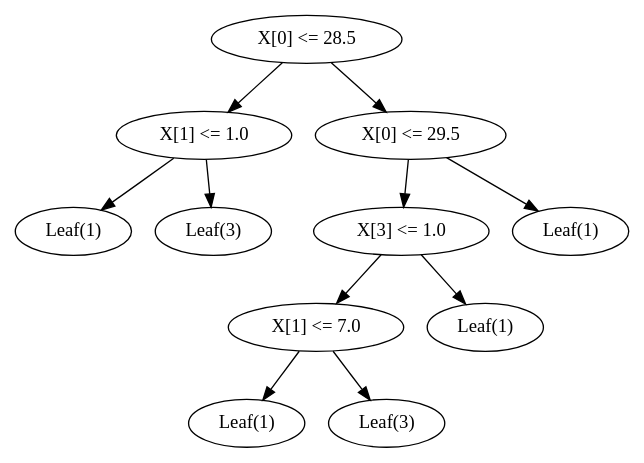
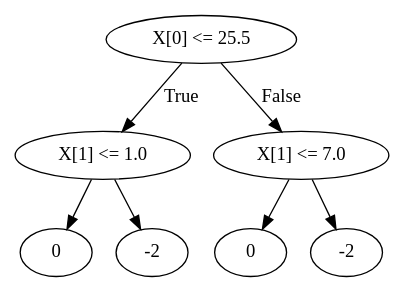
The diagram in decision_trees/MaxEveryNodeDT/cruise-small-latest/MaxEveryNodeDT.dot (hobborg/dtControl), drawn with Graphviz before and after one commit. The commit also changed 27 other files, not shown here.

```diff
--- a/decision_trees/MaxEveryNodeDT/cruise-small-latest/MaxEveryNodeDT.dot
+++ b/decision_trees/MaxEveryNodeDT/cruise-small-latest/MaxEveryNodeDT.dot
@@ -1,24 +1,16 @@
 digraph {
-0 [label="X[0] <= 28.5"];
+0 [label="X[0] <= 25.5"];
 1 [label="X[1] <= 1.0"];
-2 [label="Leaf(1)"];
-1 -> 2;
-3 [label="Leaf(3)"];
-1 -> 3;
-0 -> 1;
-4 [label="X[0] <= 29.5"];
-5 [label="X[3] <= 1.0"];
-6 [label="X[1] <= 7.0"];
-7 [label="Leaf(1)"];
-6 -> 7;
-8 [label="Leaf(3)"];
-6 -> 8;
-5 -> 6;
-9 [label="Leaf(1)"];
-5 -> 9;
-4 -> 5;
-10 [label="Leaf(1)"];
-4 -> 10;
-0 -> 4;
+2 [label="0"];
+1 -> 2 [label=""];
+3 [label="-2"];
+1 -> 3 [label=""];
+0 -> 1 [label="True"];
+4 [label="X[1] <= 7.0"];
+5 [label="0"];
+4 -> 5 [label=""];
+6 [label="-2"];
+4 -> 6 [label=""];
+0 -> 4 [label="False"];
 
 }
```
